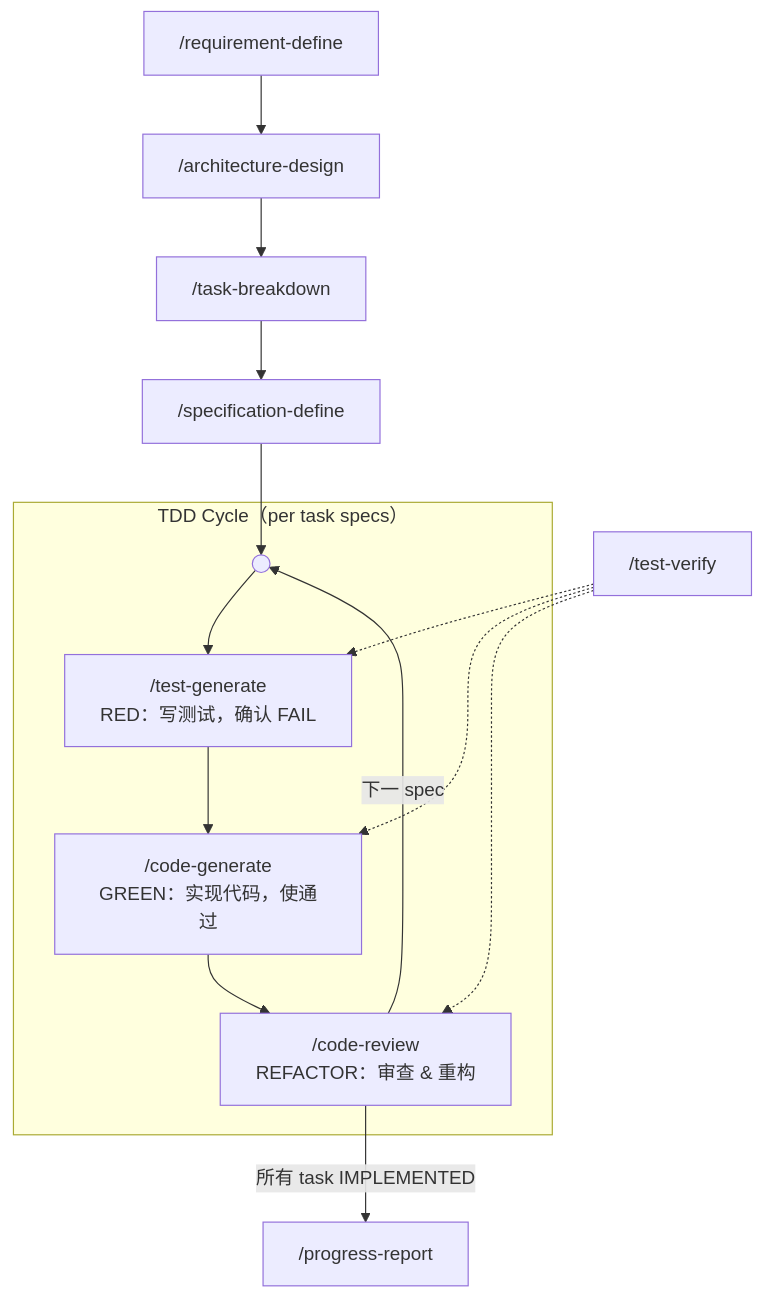
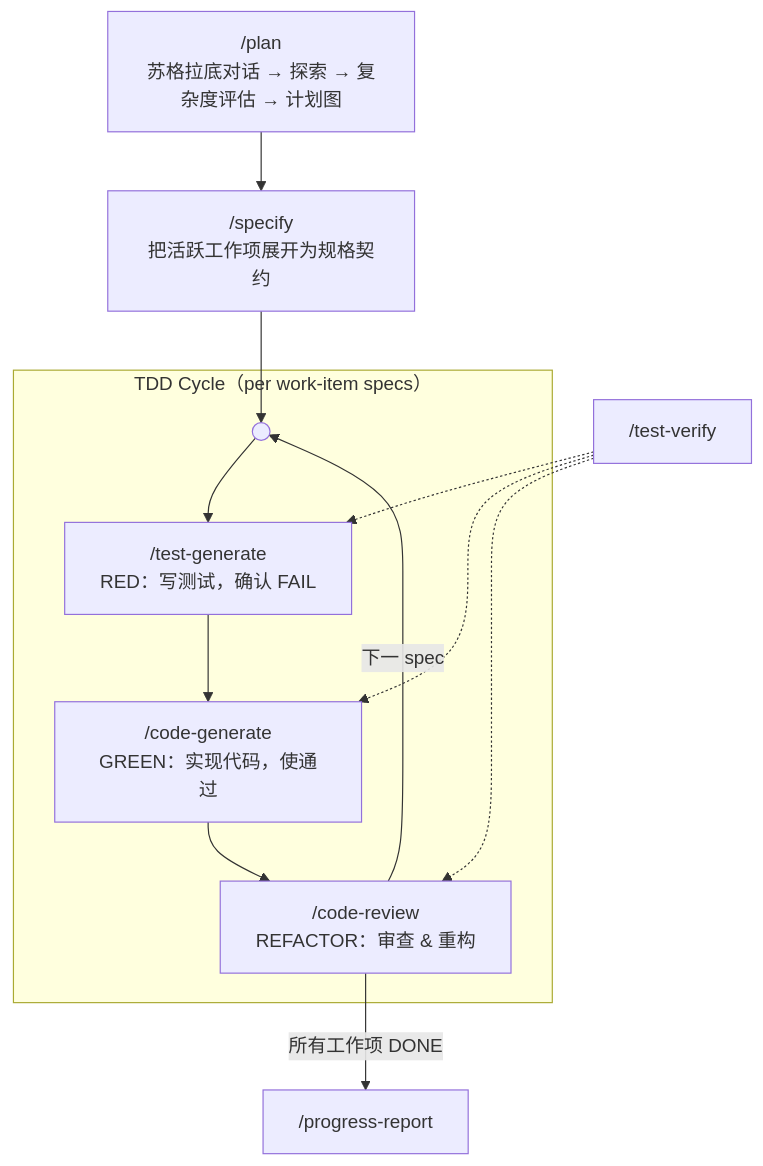
The diagram in README-zh.md (theLittleStone/SpecForge), drawn with Mermaid before and after one commit. The commit also changed other lines of this file and 16 other files, not shown here.

````diff
--- a/README-zh.md
+++ b/README-zh.md
@@ -38,22 +38,21 @@
 ```mermaid
 flowchart TD
-    REQ["/requirement-define"] --> ARCH["/architecture-design"]
-    ARCH --> TASK["/task-breakdown"]
-    TASK --> SPEC["/specification-define"]
+    PLAN["/plan<br/>苏格拉底对话 → 探索 → 复杂度评估 → 计划图"]
+    PLAN --> SPEC["/specify<br/>把活跃工作项展开为规格契约"]
 
     SPEC --> ENTRY(( ))
 
-    subgraph TDD["TDD Cycle（per task specs）"]
+    subgraph TDD["TDD Cycle（per work-item specs）"]
         ENTRY --> RED["/test-generate<br/>RED：写测试，确认 FAIL"]
         RED --> GREEN["/code-generate<br/>GREEN：实现代码，使通过"]
         GREEN --> REFACTOR["/code-review<br/>REFACTOR：审查 & 重构"]
         REFACTOR -->|下一 spec| ENTRY
     end
 
     TEST["/test-verify"]
     TEST -.-> RED
     TEST -.-> GREEN
     TEST -.-> REFACTOR
 
-    REFACTOR -->|所有 task IMPLEMENTED| REPORT["/progress-report"]
+    REFACTOR -->|所有工作项 DONE| REPORT["/progress-report"]
 ```
````
